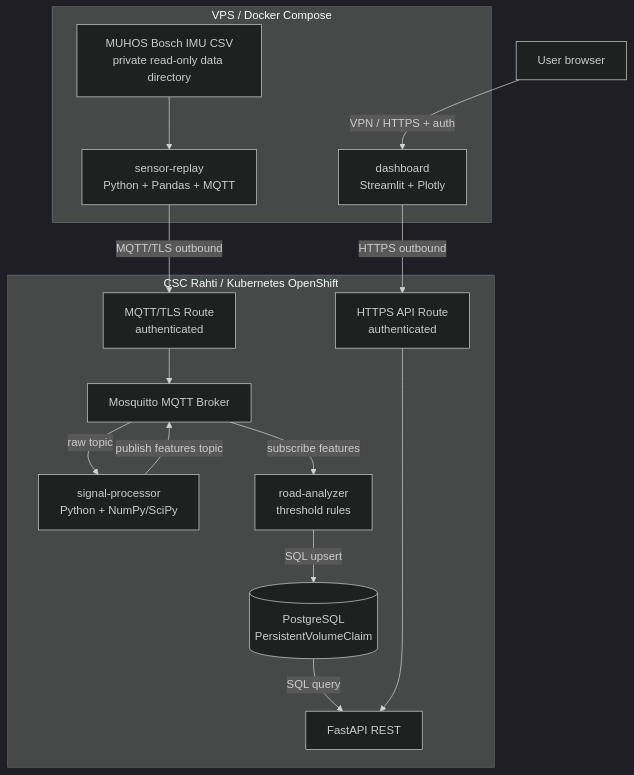
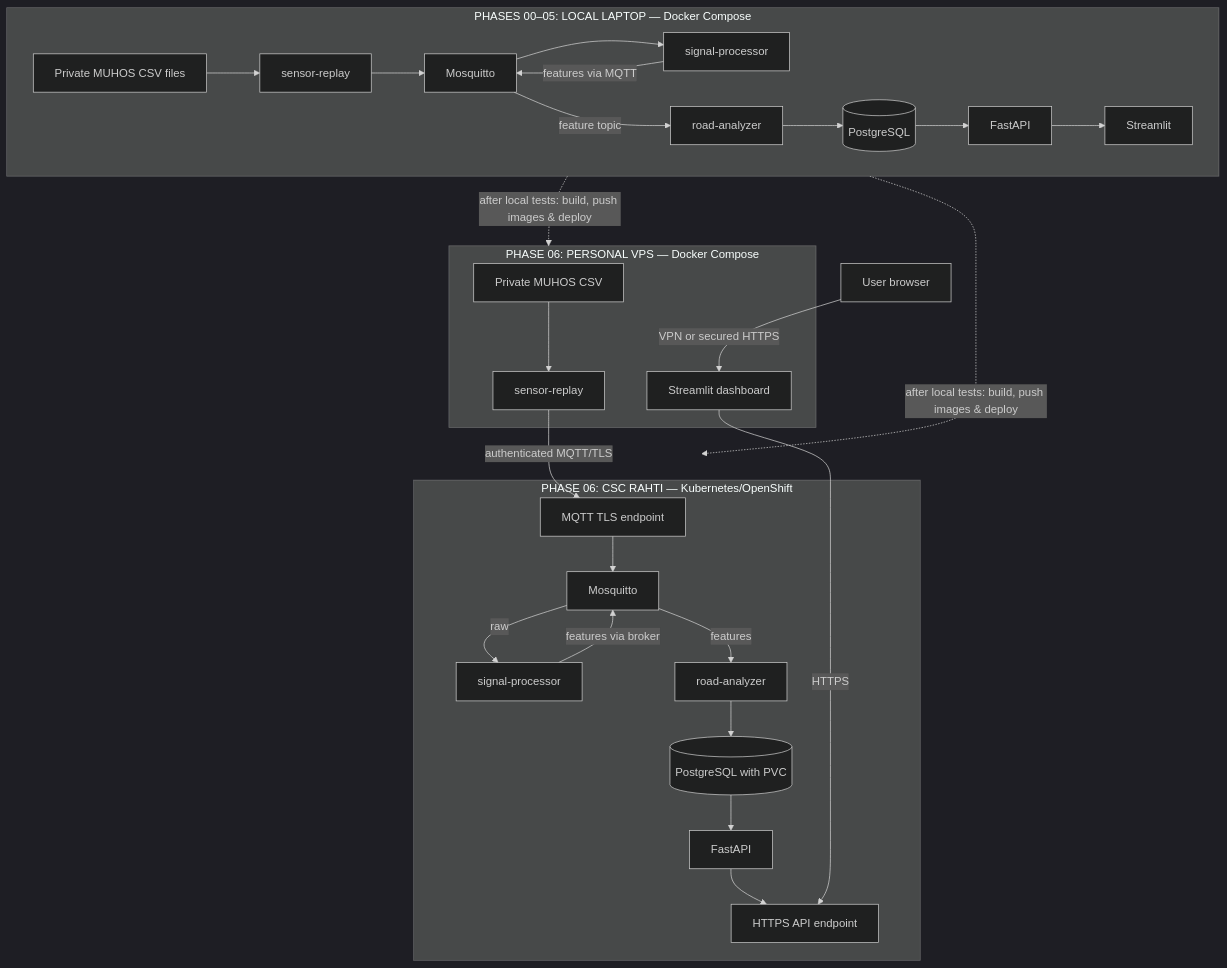
Before and after one commit to Aliz-f/road-sense: the diagram in architecture/road-sense.mmd, drawn with Mermaid (dark theme). The commit also changed 20 other files, not shown here.

Commit message:
docs: develop RoadSense fully on laptop before deploying to personal VPS and Rahti

```diff
--- a/architecture/road-sense.mmd
+++ b/architecture/road-sense.mmd
@@ -1,28 +1,42 @@
 flowchart TB
-  subgraph VPS["VPS / Docker Compose"]
-    DS["MUHOS Bosch IMU CSV\nprivate read-only data directory"]
-    FEED["sensor-replay\nPython + Pandas + MQTT"]
-    UI["dashboard\nStreamlit + Plotly"]
-    DS --> FEED
+  subgraph LAPTOP["PHASES 00–05: LOCAL LAPTOP — Docker Compose"]
+    LD["Private MUHOS CSV files"]
+    LF["sensor-replay"]
+    LM["Mosquitto"]
+    LP["signal-processor"]
+    LA["road-analyzer"]
+    LDB[("PostgreSQL")]
+    LAPI["FastAPI"]
+    LUI["Streamlit"]
+    LD --> LF --> LM --> LP
+    LP -->|"features via MQTT"| LM
+    LM -->|"feature topic"| LA
+    LA --> LDB --> LAPI --> LUI
   end
 
-  subgraph RAHTI["CSC Rahti / Kubernetes OpenShift"]
-    ROUTEM["MQTT/TLS Route\nauthenticated"]
-    MQ["Mosquitto MQTT Broker"]
-    SP["signal-processor\nPython + NumPy/SciPy"]
-    AN["road-analyzer\nthreshold rules"]
-    PG[("PostgreSQL\nPersistentVolumeClaim")]
-    ROUTEA["HTTPS API Route\nauthenticated"]
-    API["FastAPI REST"]
-    ROUTEM --> MQ
-    MQ -->|"raw topic"| SP
-    SP -->|"publish features topic"| MQ
-    MQ -->|"subscribe features"| AN
-    AN -->|"SQL upsert"| PG
-    PG -->|"SQL query"| API
-    ROUTEA --> API
+  subgraph VPS["PHASE 06: PERSONAL VPS — Docker Compose"]
+    VD["Private MUHOS CSV"]
+    VF["sensor-replay"]
+    VUI["Streamlit dashboard"]
+    VD --> VF
+  end
+  subgraph RAHTI["PHASE 06: CSC RAHTI — Kubernetes/OpenShift"]
+    RMT["MQTT TLS endpoint"]
+    RM["Mosquitto"]
+    RP["signal-processor"]
+    RA["road-analyzer"]
+    RDB[("PostgreSQL with PVC")]
+    RAPI["FastAPI"]
+    RHT["HTTPS API endpoint"]
+    RMT --> RM
+    RM -->|"raw"| RP
+    RP -->|"features via broker"| RM
+    RM -->|"features"| RA
+    RA --> RDB --> RAPI --> RHT
   end
 
-  FEED -->|"MQTT/TLS outbound"| ROUTEM
-  UI -->|"HTTPS outbound"| ROUTEA
-  BROWSER["User browser"] -->|"VPN / HTTPS + auth"| UI
+  LAPTOP -.->|"after local tests: build, push images & deploy"| VPS
+  LAPTOP -.->|"after local tests: build, push images & deploy"| RAHTI
+  VF -->|"authenticated MQTT/TLS"| RMT
+  VUI -->|"HTTPS"| RHT
+  USER["User browser"] -->|"VPN or secured HTTPS"| VUI
```
